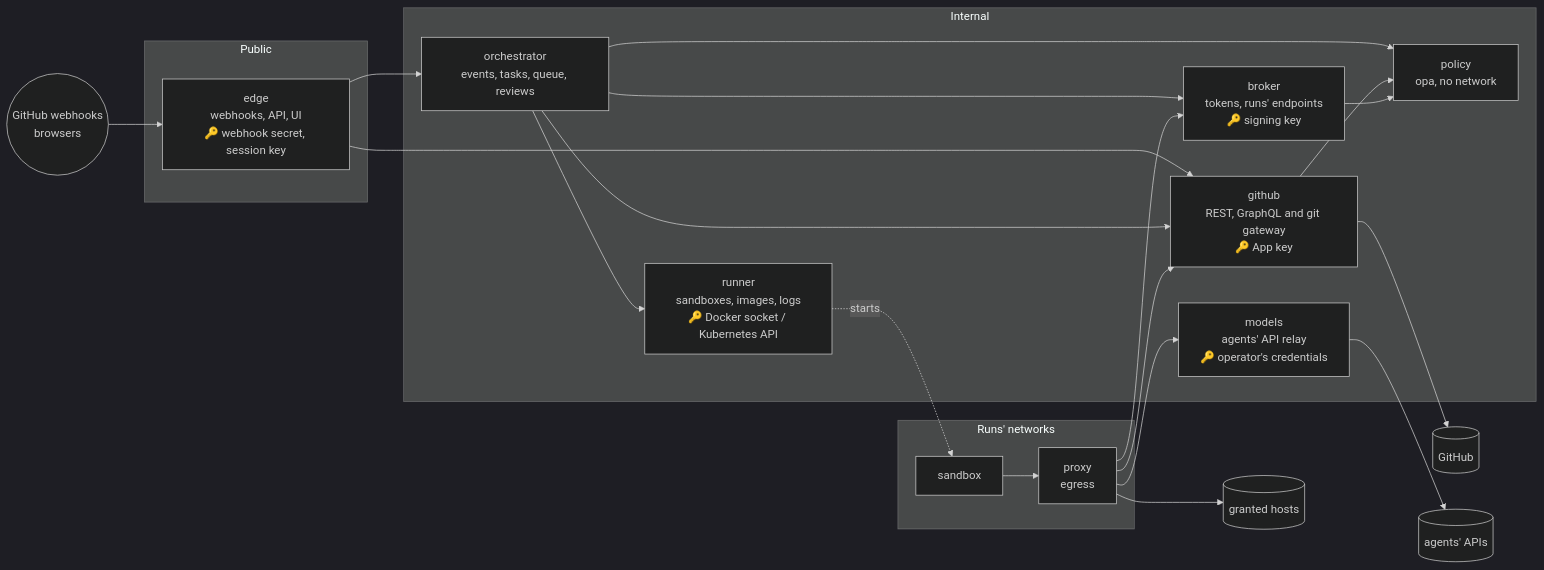
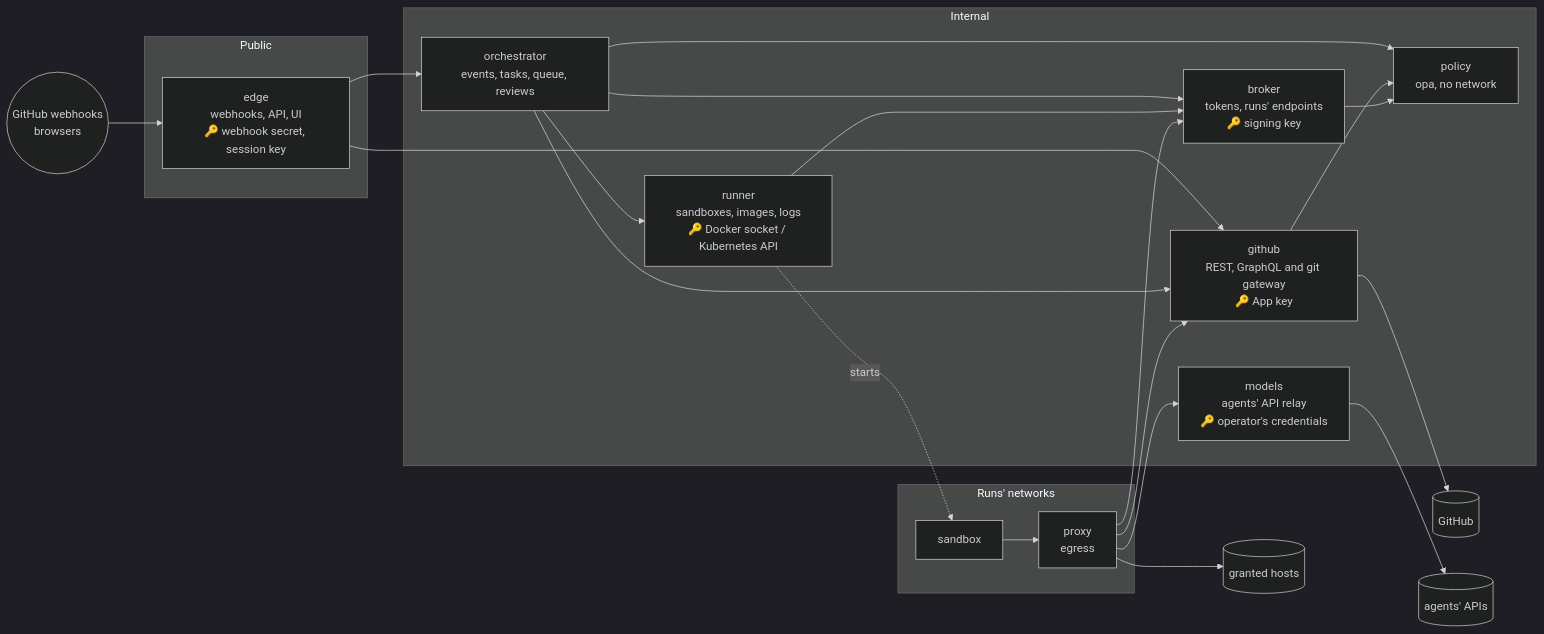
The diagram in docs/services.md (BryanSmee/deckhand), drawn with Mermaid (dark theme) before and after one commit. The commit also changed other lines of this file, not shown here.

````diff
--- a/docs/services.md
+++ b/docs/services.md
@@ -9,43 +10,44 @@
 ```mermaid
 flowchart LR
   web(("GitHub webhooks<br/>browsers"))
   gh[("GitHub")]
   ai[("agents' APIs")]
   hosts[("granted hosts")]
 
   subgraph public [Public]
     edge["edge<br/>webhooks, API, UI<br/>🔑 webhook secret, session key"]
   end
 
   subgraph internal [Internal]
     orch["orchestrator<br/>events, tasks, queue, reviews"]
     runner["runner<br/>sandboxes, images, logs<br/>🔑 Docker socket / Kubernetes API"]
     broker["broker<br/>tokens, runs' endpoints<br/>🔑 signing key"]
     github["github<br/>REST, GraphQL and git gateway<br/>🔑 App key"]
     models["models<br/>agents' API relay<br/>🔑 operator's credentials"]
     policy["policy<br/>opa, no network"]
   end
 
   subgraph runs ["Runs' networks"]
     sandbox["sandbox"]
     proxy["proxy<br/>egress"]
   end
 
   web --> edge
   edge --> orch
   edge --> github
   orch --> runner
   orch --> broker
+  runner --> broker
   orch --> github
   orch --> policy
   runner -. starts .-> sandbox
   sandbox --> proxy
   proxy --> github
   proxy --> models
   proxy --> broker
   proxy --> hosts
   github --> policy
   broker --> policy
   github --> gh
   models --> ai
 ```
````
